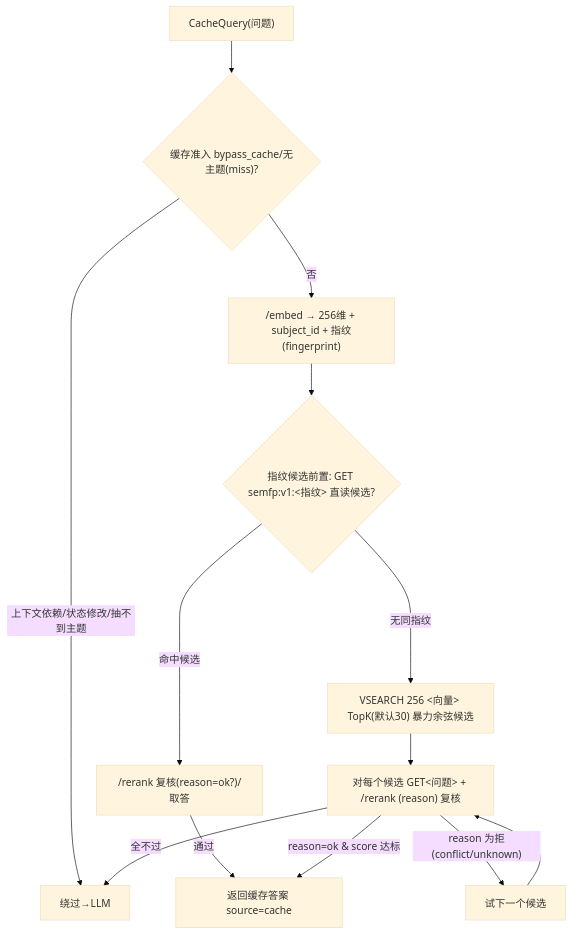
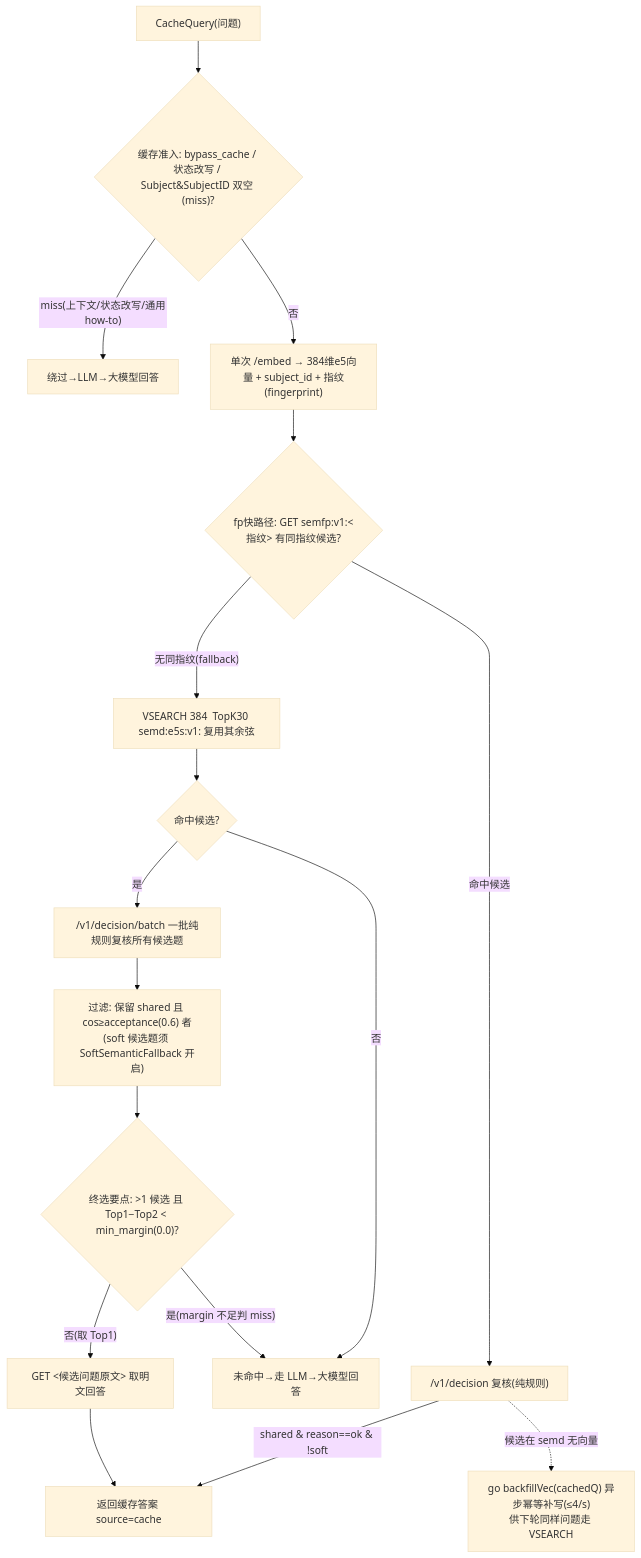
The third of 3 diagrams in docs/项目文档/04-业务应用.md (robotlover-1/ECHO-CHAT), drawn with Mermaid (base theme) before and after one commit. The commit also changed other lines of this file and 1 other file, not shown here.

````diff
--- a/docs/项目文档/04-业务应用.md
+++ b/docs/项目文档/04-业务应用.md
@@ -293,15 +296,19 @@
 ```mermaid
 flowchart TB
-    A["CacheQuery(问题)"] --> B{"缓存准入 bypass_cache/无主题(miss)?"}
-    B -- 上下文依赖/状态修改/抽不到主题 --> X["绕过→LLM"]
-    B -- 否 --> C["/embed → 256维 + subject_id + 指纹(fingerprint)"]
-    C --> D{"指纹候选前置: GET semfp:v1:<指纹> 直读候选?"}
-    D -- 命中候选 --> E["/rerank 复核(reason=ok?)/取答"]
-    E -- 通过 --> Z["返回缓存答案 source=cache"]
-    D -- 无同指纹 ---> F["VSEARCH 256 <向量> TopK(默认30) 暴力余弦候选"]
-    F --> G["对每个候选 GET<问题> + /rerank <decision>(reason) 复核"]
-    G -- reason 为拒(conflict/unknown) --> H["试下一个候选"]
-    H --> G
-    G -- reason=ok & score 达标 --> Z
-    G -- 全不过 --> X
+    A["CacheQuery(问题)"] --> B{"缓存准入: bypass_cache / 状态改写 / Subject&SubjectID 双空 (miss)?"}
+    B -- miss(上下文/状态改写/通用how-to) --> X["绕过→LLM→大模型回答"]
+    B -- 否 --> C["单次 /embed → 384维e5向量 + subject_id + 指纹(fingerprint)"]
+    C --> P{"fp快路径: GET semfp:v1:<指纹> 有同指纹候选?"}
+    P -- 命中候选 --> D1["/v1/decision 复核(纯规则)"]
+    D1 -- shared & reason==ok & !soft --> Z["返回缓存答案 source=cache"]
+    D1 -. 候选在 semd 无向量 .-> Q["go backfillVec(cachedQ) 异步幂等补写(≤4/s)\n供下轮同样问题走 VSEARCH"]
+    P -- 无同指纹(fallback) ---> D["VSEARCH 384 <vec> TopK30 semd:e5s:v1: 复用其余弦"]
+    D --> F{"命中候选?"}
+    F -- 否 --> X3["未命中→走 LLM→大模型回答"]
+    F -- 是 --> G["/v1/decision/batch 一批纯规则复核所有候选题"]
+    G --> R["过滤: 保留 shared 且 cos≥acceptance(0.6) 者\n(soft 候选题须 SoftSemanticFallback 开启)"]
+    R --> S{"终选要点: >1 候选 且 Top1−Top2 < min_margin(0.0)?"}
+    S -- 否(取 Top1) --> W["GET <候选问题原文> 取明文回答"]
+    S -- 是(margin 不足判 miss) --> X3
+    W --> Z
 ```
````
